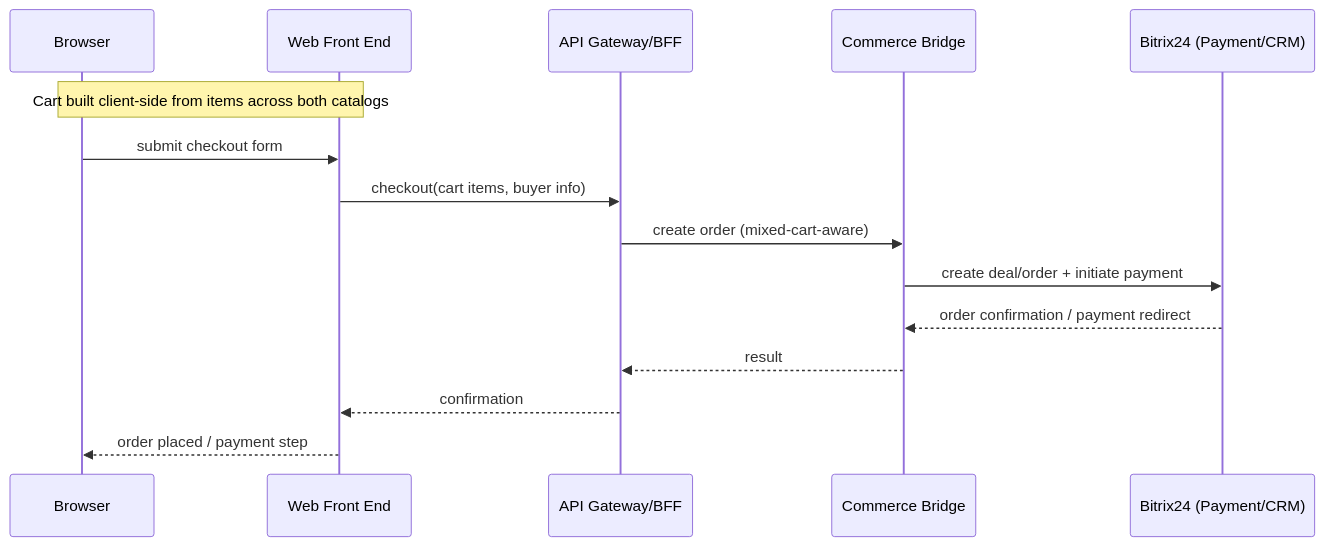
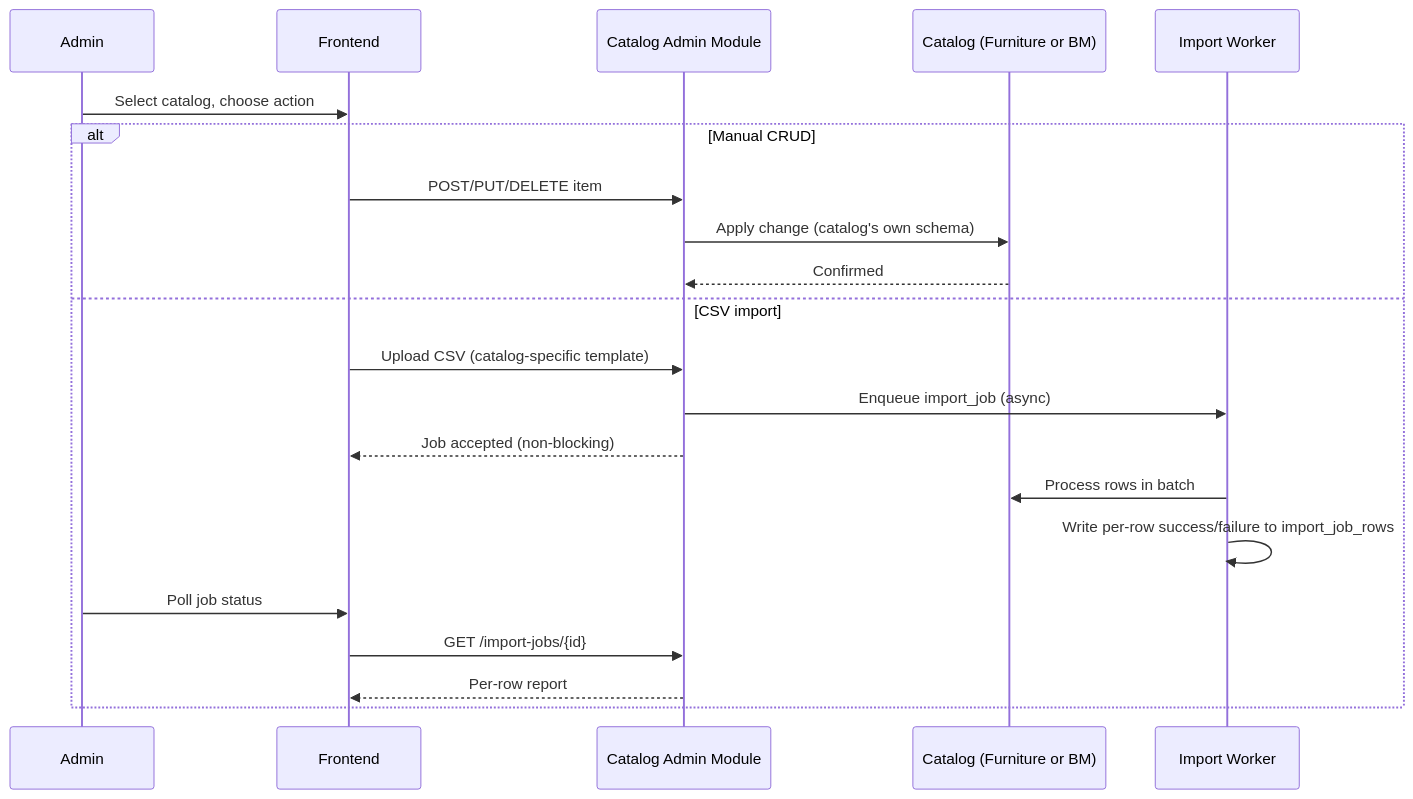
One commit to DzmitryKamashkaInt/business_analysys_pipeline changed the seventh of 10 diagrams in projects/rumica-starter/working/architecture-specification.md. Above: the diagram before and after it, drawn with Mermaid. The commit also changed other lines of this file, not shown here.

Commit message:
rumica-starter: rework architecture specification for custom backend + payment orchestration layer

````diff
--- a/projects/rumica-starter/working/architecture-specification.md
+++ b/projects/rumica-starter/working/architecture-specification.md
@@ -146,18 +222,24 @@
 ```mermaid
 sequenceDiagram
-    participant Browser
-    participant FE as Web Front End
-    participant GW as API Gateway/BFF
-    participant COMM as Commerce Bridge
-    participant BX as Bitrix24 (Payment/CRM)
+    participant A as Admin
+    participant FE as Frontend
+    participant CatAdmin as Catalog Admin Module
+    participant Cat as Catalog (Furniture or BM)
+    participant Job as Import Worker
 
-    Note over Browser,FE: Cart built client-side from items across both catalogs
-    Browser->>FE: submit checkout form
-    FE->>GW: checkout(cart items, buyer info)
-    GW->>COMM: create order (mixed-cart-aware)
-    COMM->>BX: create deal/order + initiate payment
-    BX-->>COMM: order confirmation / payment redirect
-    COMM-->>GW: result
-    GW-->>FE: confirmation
-    FE-->>Browser: order placed / payment step
+    A->>FE: Select catalog, choose action
+    alt Manual CRUD
+        FE->>CatAdmin: POST/PUT/DELETE item
+        CatAdmin->>Cat: Apply change (catalog's own schema)
+        Cat-->>CatAdmin: Confirmed
+    else CSV import
+        FE->>CatAdmin: Upload CSV (catalog-specific template)
+        CatAdmin->>Job: Enqueue import_job (async)
+        CatAdmin-->>FE: Job accepted (non-blocking)
+        Job->>Cat: Process rows in batch
+        Job->>Job: Write per-row success/failure to import_job_rows
+        A->>FE: Poll job status
+        FE->>CatAdmin: GET /import-jobs/{id}
+        CatAdmin-->>FE: Per-row report
+    end
 ```
````
